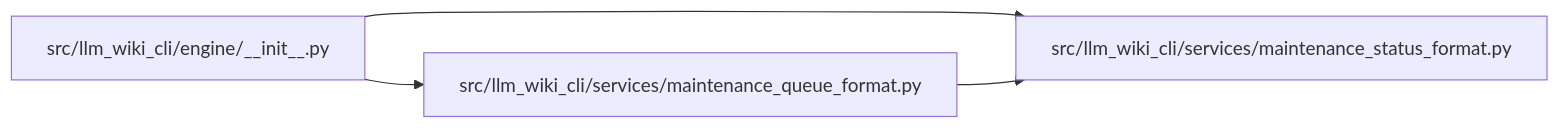
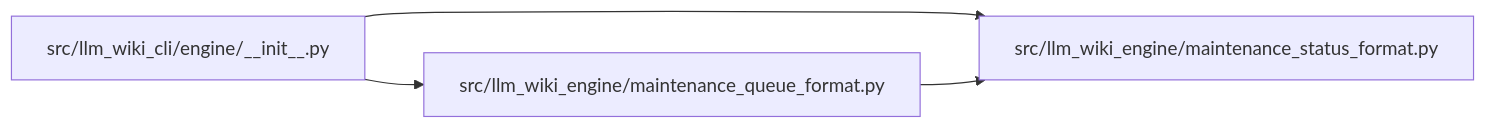
Before and after one commit to Denissvgn/python-wiki-llm: the diagram in docs/llm_wiki/modules/maintenance_queue_format.md, drawn with Mermaid. The commit also changed other lines of this file and 1103 other files, not shown here.

First line of the commit message:
docs: refresh the wiki for the llm-wiki-engine distribution

````diff
--- a/docs/llm_wiki/modules/maintenance_queue_format.md
+++ b/docs/llm_wiki/modules/maintenance_queue_format.md
@@ -34,12 +34,12 @@
 ```mermaid
 flowchart LR
     n0["src/llm_wiki_cli/engine/__init__.py"]
-    n1["src/llm_wiki_cli/services/maintenance_queue_format.py"]
-    n2["src/llm_wiki_cli/services/maintenance_status_format.py"]
+    n1["src/llm_wiki_engine/maintenance_queue_format.py"]
+    n2["src/llm_wiki_engine/maintenance_status_format.py"]
     n0 --> n1
     n0 --> n2
     n1 --> n2
     click n0 "../modules/engine___init__.md"
     click n1 "../modules/maintenance_queue_format.md"
     click n2 "../modules/maintenance_status_format.md"
 ```
````
